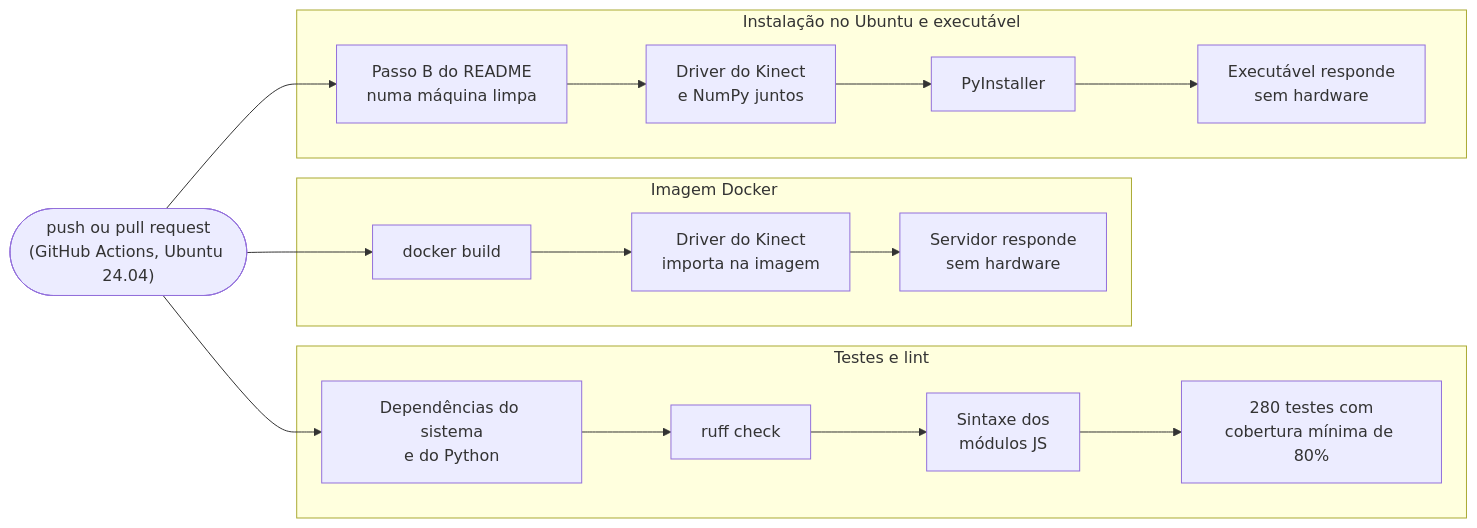
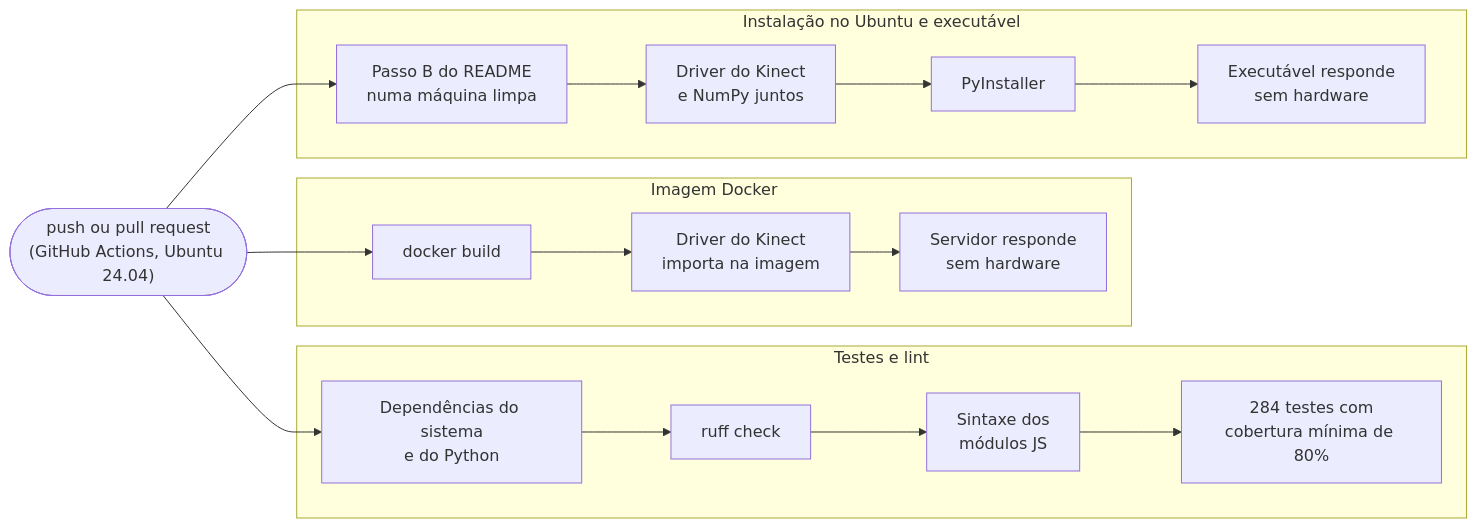
Diagram 20 of 22 in README.md (Kauan-V-Marques/AGV), drawn with Mermaid before and after one commit. The commit also changed other lines of this file and 5 other files, not shown here.

````diff
--- a/README.md
+++ b/README.md
@@ -1480,15 +1480,15 @@
 ```mermaid
 flowchart LR
     subgraph T["Testes e lint"]
-        T1["Dependências do sistema<br/>e do Python"] --> T2["ruff check"] --> T3["Sintaxe dos<br/>módulos JS"] --> T4["280 testes com<br/>cobertura mínima de 80%"]
+        T1["Dependências do sistema<br/>e do Python"] --> T2["ruff check"] --> T3["Sintaxe dos<br/>módulos JS"] --> T4["284 testes com<br/>cobertura mínima de 80%"]
     end
     subgraph D["Imagem Docker"]
         D1["docker build"] --> D2["Driver do Kinect<br/>importa na imagem"] --> D3["Servidor responde<br/>sem hardware"]
     end
     subgraph E["Instalação no Ubuntu e executável"]
         E1["Passo B do README<br/>numa máquina limpa"] --> E2["Driver do Kinect<br/>e NumPy juntos"] --> E3["PyInstaller"] --> E4["Executável responde<br/>sem hardware"]
     end
     P(["push ou pull request<br/>(GitHub Actions, Ubuntu 24.04)"]) --> T1
     P --> D1
     P --> E1
 ```
````
